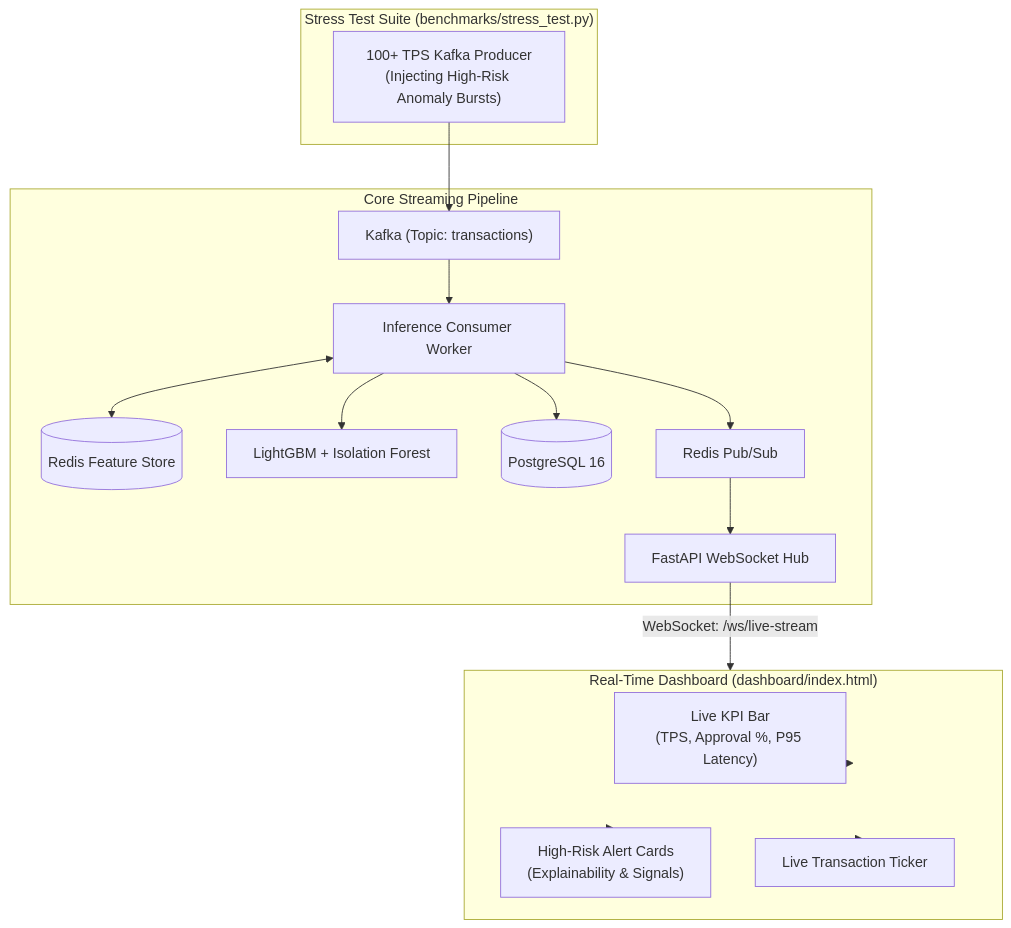
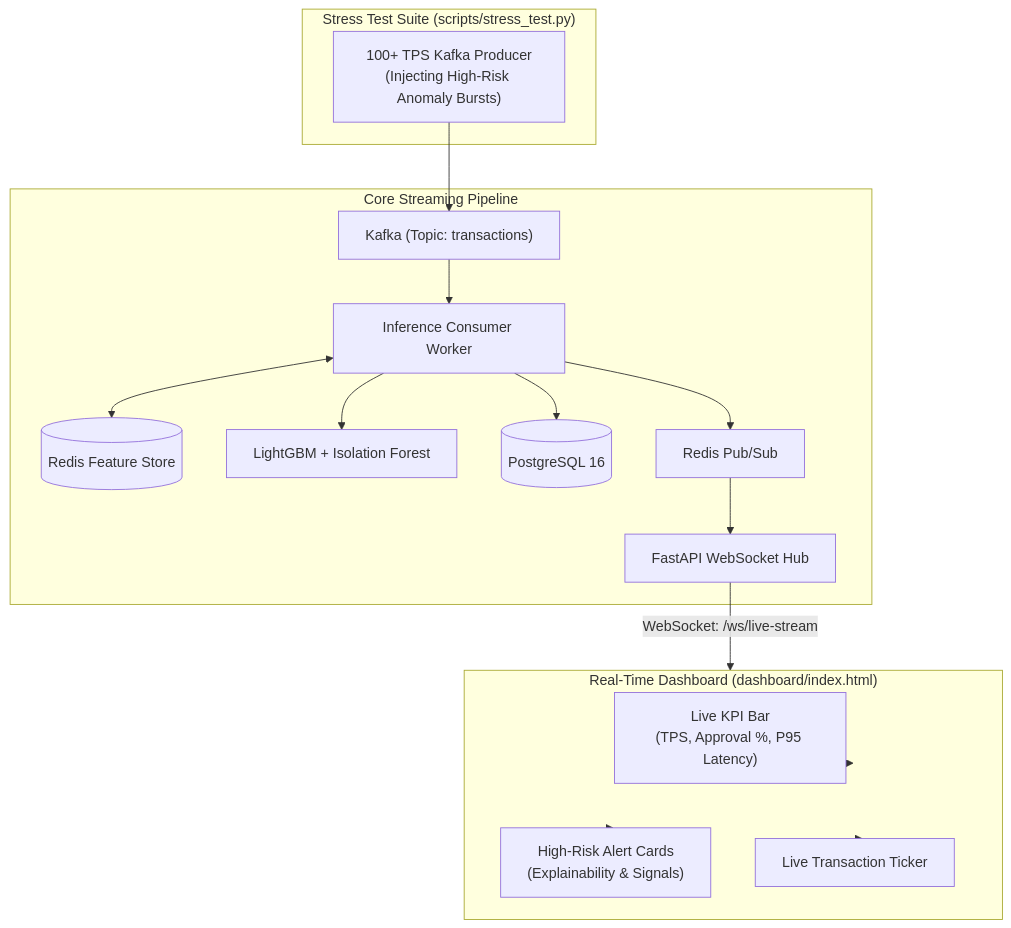
One commit to abubinfahd/realtime-fraud-detection changed the diagram in docs/stage-10-dashboard-and-stress-testing.md. Above: the diagram before and after it, drawn with Mermaid. The commit also changed other lines of this file and 7 other files, not shown here.

Commit message:
docs: update documentation, architecture diagrams, and README to reflect standard src-layout

````diff
--- a/docs/stage-10-dashboard-and-stress-testing.md
+++ b/docs/stage-10-dashboard-and-stress-testing.md
@@ -23,32 +23,32 @@
 ```mermaid
 flowchart TD
-    subgraph BenchmarkHarness["Stress Test Suite (benchmarks/stress_test.py)"]
+    subgraph BenchmarkHarness["Stress Test Suite (scripts/stress_test.py)"]
         PROD["100+ TPS Kafka Producer\n(Injecting High-Risk Anomaly Bursts)"]
     end
 
     subgraph StreamingSystem["Core Streaming Pipeline"]
         KAFKA["Kafka (Topic: transactions)"]
         CONSUMER["Inference Consumer Worker"]
         REDIS_FS[("Redis Feature Store")]
         ML["LightGBM + Isolation Forest"]
         PG[("PostgreSQL 16")]
         REDIS_PS["Redis Pub/Sub"]
         GATEWAY["FastAPI WebSocket Hub"]
     end
 
     subgraph Browser["Real-Time Dashboard (dashboard/index.html)"]
         UI_KPI["Live KPI Bar\n(TPS, Approval %, P95 Latency)"]
         UI_FEED["High-Risk Alert Cards\n(Explainability & Signals)"]
         UI_TICK["Live Transaction Ticker"]
     end
 
     PROD --> KAFKA
     KAFKA --> CONSUMER
     CONSUMER <--> REDIS_FS
     CONSUMER --> ML
     CONSUMER --> PG
     CONSUMER --> REDIS_PS
     REDIS_PS --> GATEWAY
     GATEWAY -->|WebSocket: /ws/live-stream| Browser
     Browser --> UI_KPI & UI_FEED & UI_TICK
 ```
````
